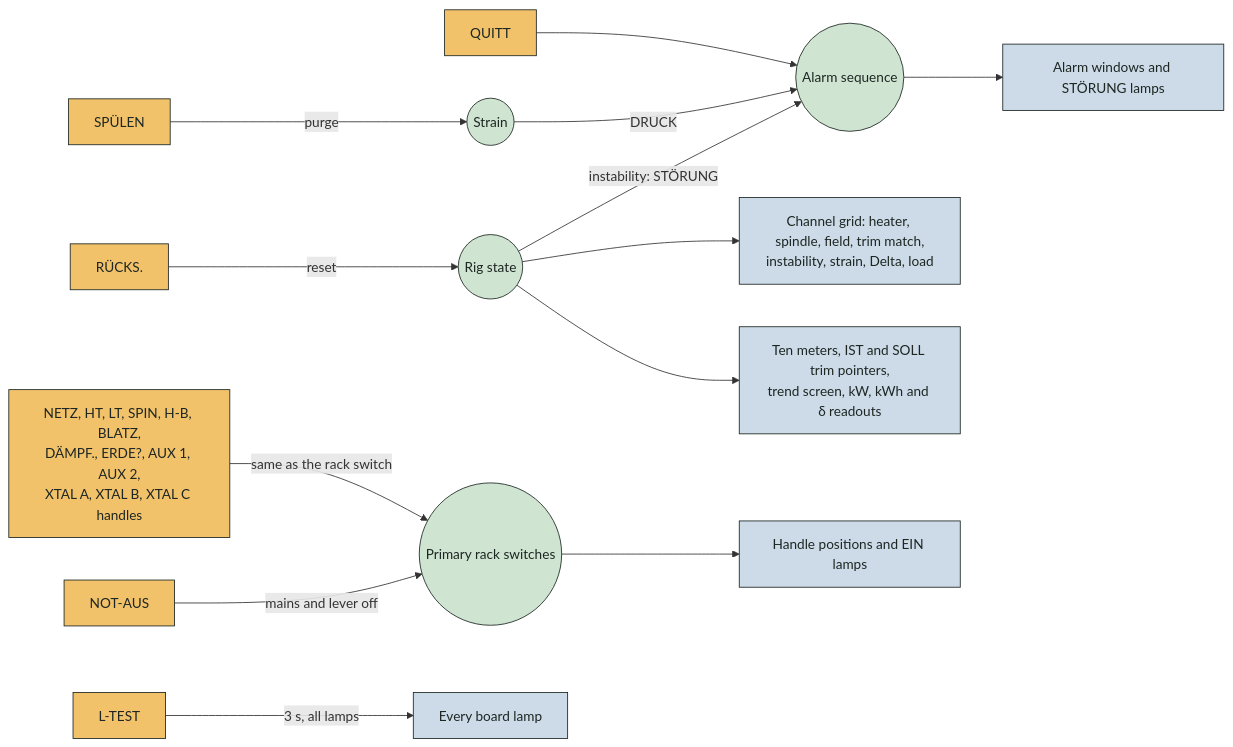
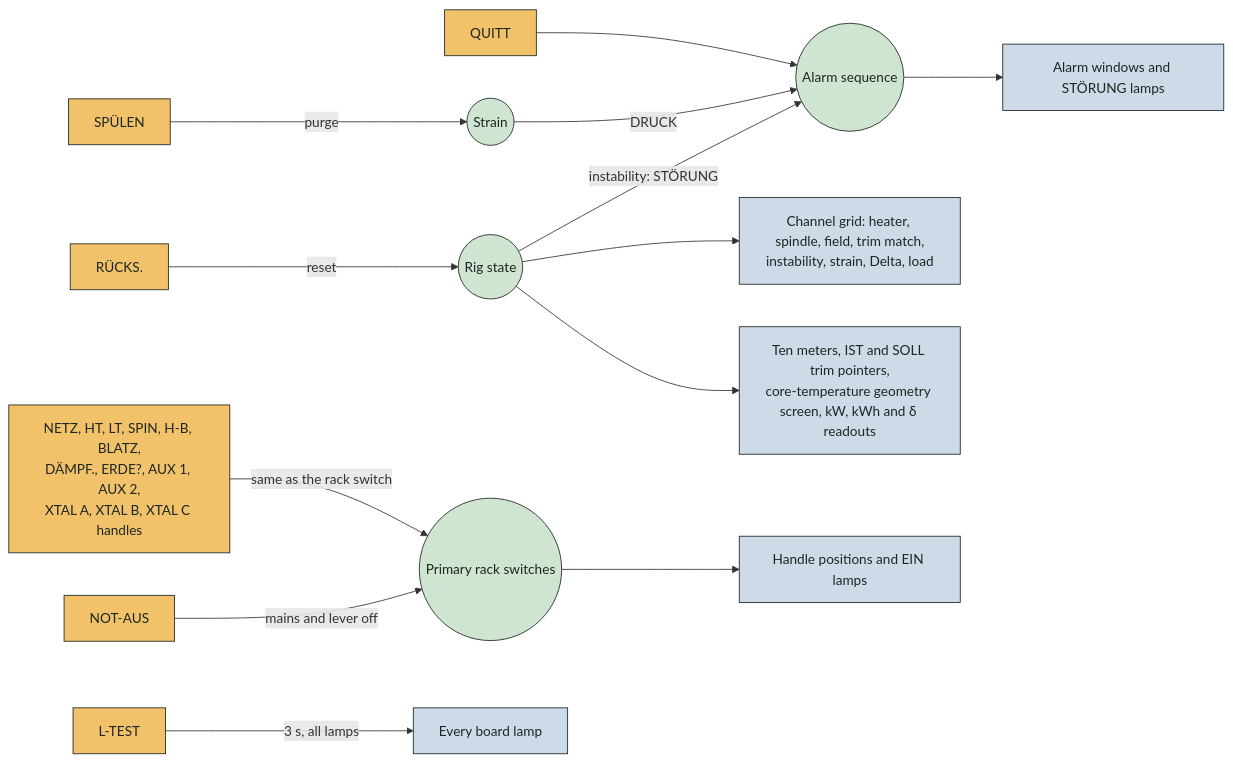
Before and after one commit to trebizondoculpepper/vx3_simulator: the sixth of 6 diagrams in doc/design/control-graph.md, drawn with Mermaid. The commit also changed other lines of this file and 41 other files, not shown here.

````diff
--- a/doc/design/control-graph.md
+++ b/doc/design/control-graph.md
@@ -178,19 +178,19 @@
 ```mermaid
 flowchart LR
 classDef input fill:#f2c26b,stroke:#1d2622,color:#1d2622
 classDef state fill:#cfe5d2,stroke:#1d2622,color:#1d2622
 classDef ind fill:#cddbe8,stroke:#1d2622,color:#1d2622
 H1["NETZ, HT, LT, SPIN, H-B, BLATZ,<br/>DÄMPF., ERDE?, AUX 1, AUX 2,<br/>XTAL A, XTAL B, XTAL C handles"]:::input -- "same as the rack switch" --> RACK(("Primary rack switches")):::state
 NA["NOT-AUS"]:::input -- "mains and lever off" --> RACK
 SP["SPÜLEN"]:::input -- "purge" --> STRAIN(("Strain")):::state
 RU["RÜCKS."]:::input -- "reset" --> RIG(("Rig state")):::state
 QU["QUITT"]:::input --> ALM(("Alarm sequence")):::state
 LT["L-TEST"]:::input -- "3 s, all lamps" --> LAMPS["Every board lamp"]:::ind
 STRAIN -- "DRUCK" --> ALM
 RIG -- "instability: STÖRUNG" --> ALM
 ALM --> WIN["Alarm windows and STÖRUNG lamps"]:::ind
 RIG --> GRID["Channel grid: heater, spindle, field, trim match,<br/>instability, strain, Delta, load"]:::ind
-RIG --> MET["Ten meters, IST and SOLL trim pointers,<br/>trend screen, kW, kWh and δ readouts"]:::ind
+RIG --> MET["Ten meters, IST and SOLL trim pointers,<br/>core-temperature geometry screen, kW, kWh and δ readouts"]:::ind
 RACK --> HP["Handle positions and EIN lamps"]:::ind
   
 ```
````
